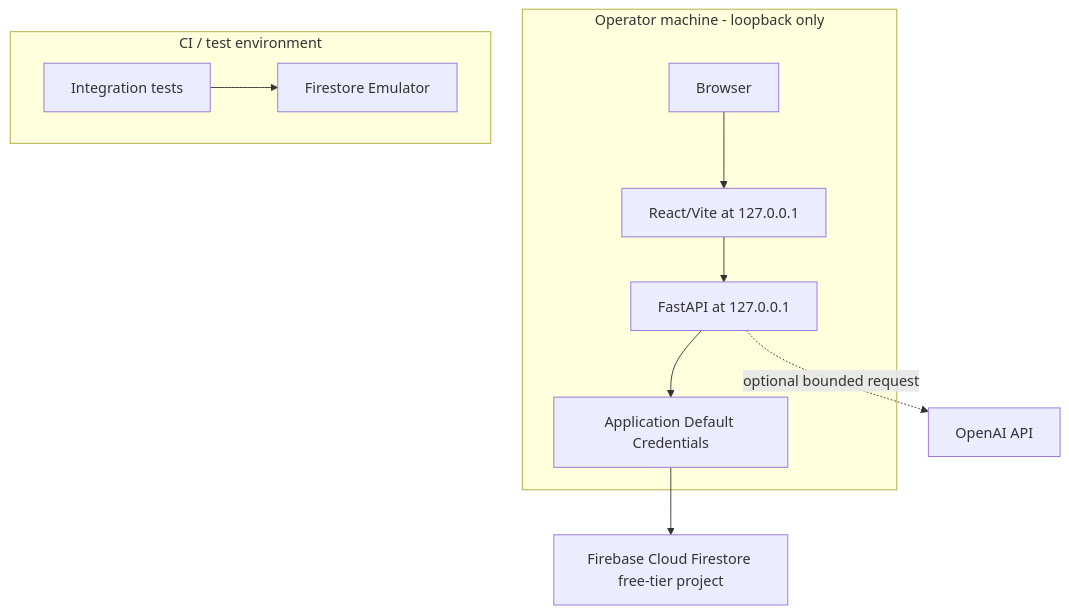
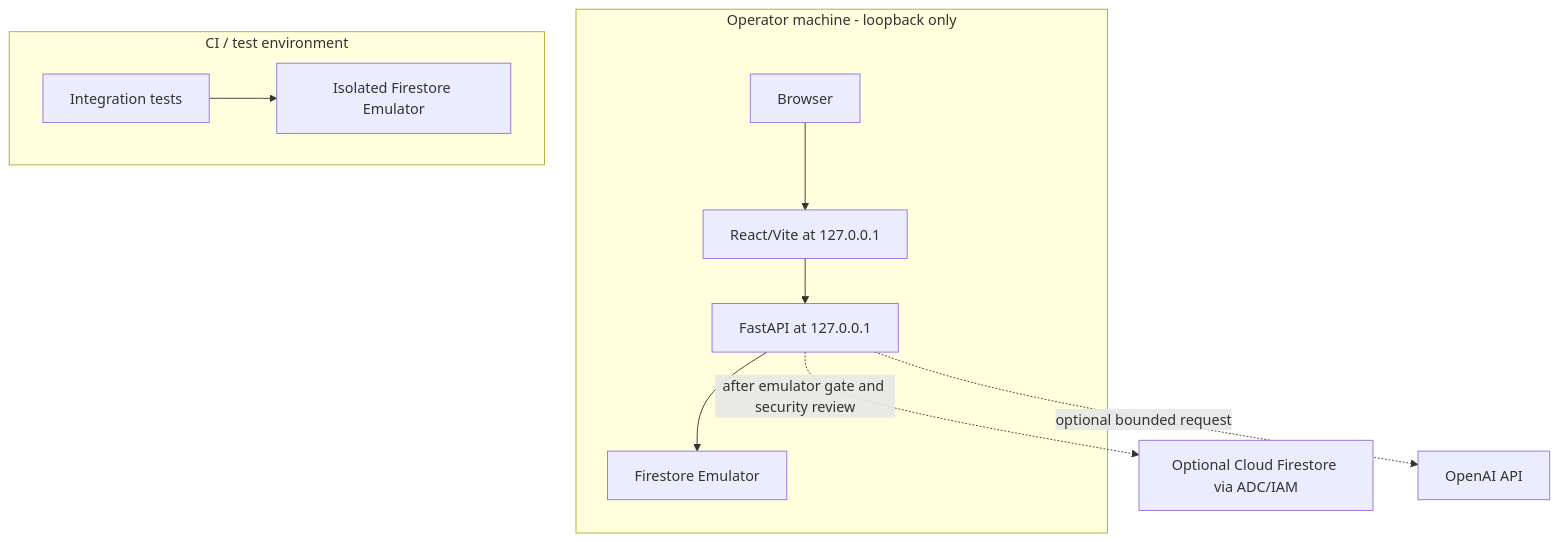
The third of 3 diagrams in project-context/1.define/sad.md (MFeijo96/Carmelo), drawn with Mermaid before and after one commit. The commit also changed other lines of this file and 1 other file, not shown here.

````diff
--- a/project-context/1.define/sad.md
+++ b/project-context/1.define/sad.md
@@ -169,19 +170,19 @@
 ```mermaid
 flowchart TB
   subgraph Local[Operator machine - loopback only]
     Browser[Browser]
     Vite[React/Vite at 127.0.0.1]
     API[FastAPI at 127.0.0.1]
-    ADC[Application Default Credentials]
+    Emulator[Firestore Emulator]
     Browser --> Vite
     Vite --> API
-    API --> ADC
+    API --> Emulator
   end
-  ADC --> Firestore[Firebase Cloud Firestore free-tier project]
+  API -. after emulator gate and security review .-> Firestore[Optional Cloud Firestore via ADC/IAM]
   API -. optional bounded request .-> OpenAI[OpenAI API]
   subgraph CI[CI / test environment]
     Tests[Integration tests]
-    Emulator[Firestore Emulator]
-    Tests --> Emulator
+    TestEmulator[Isolated Firestore Emulator]
+    Tests --> TestEmulator
   end
 ```
````
